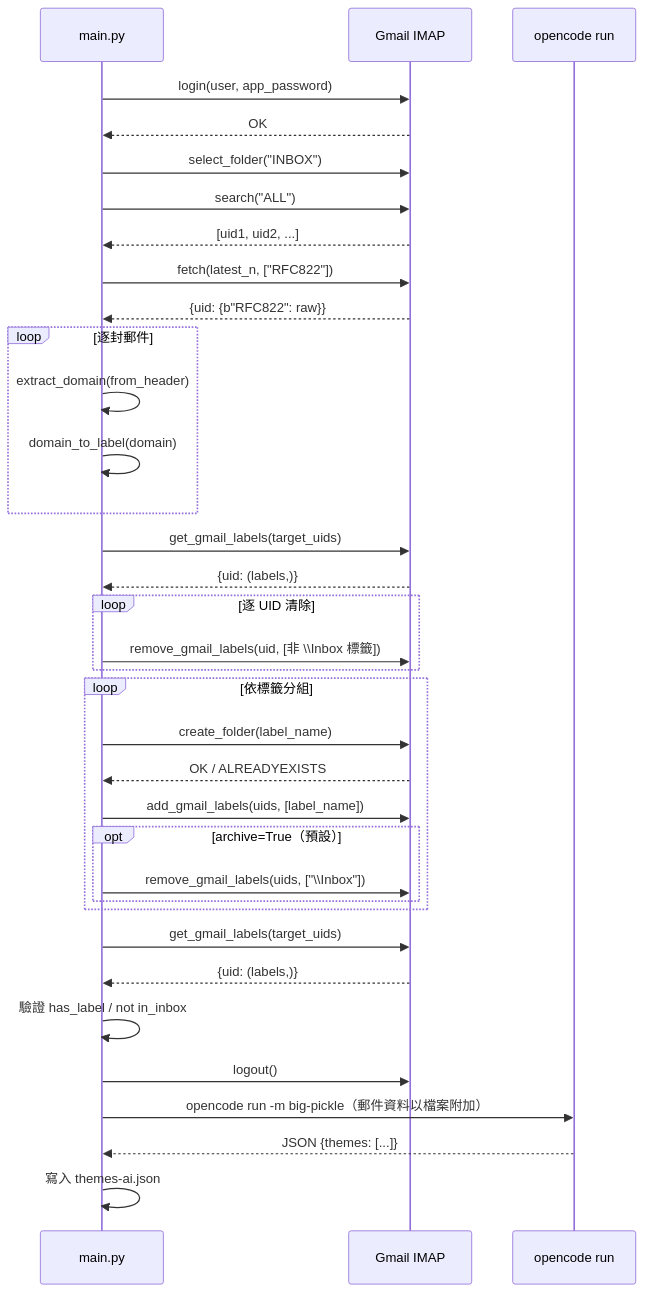
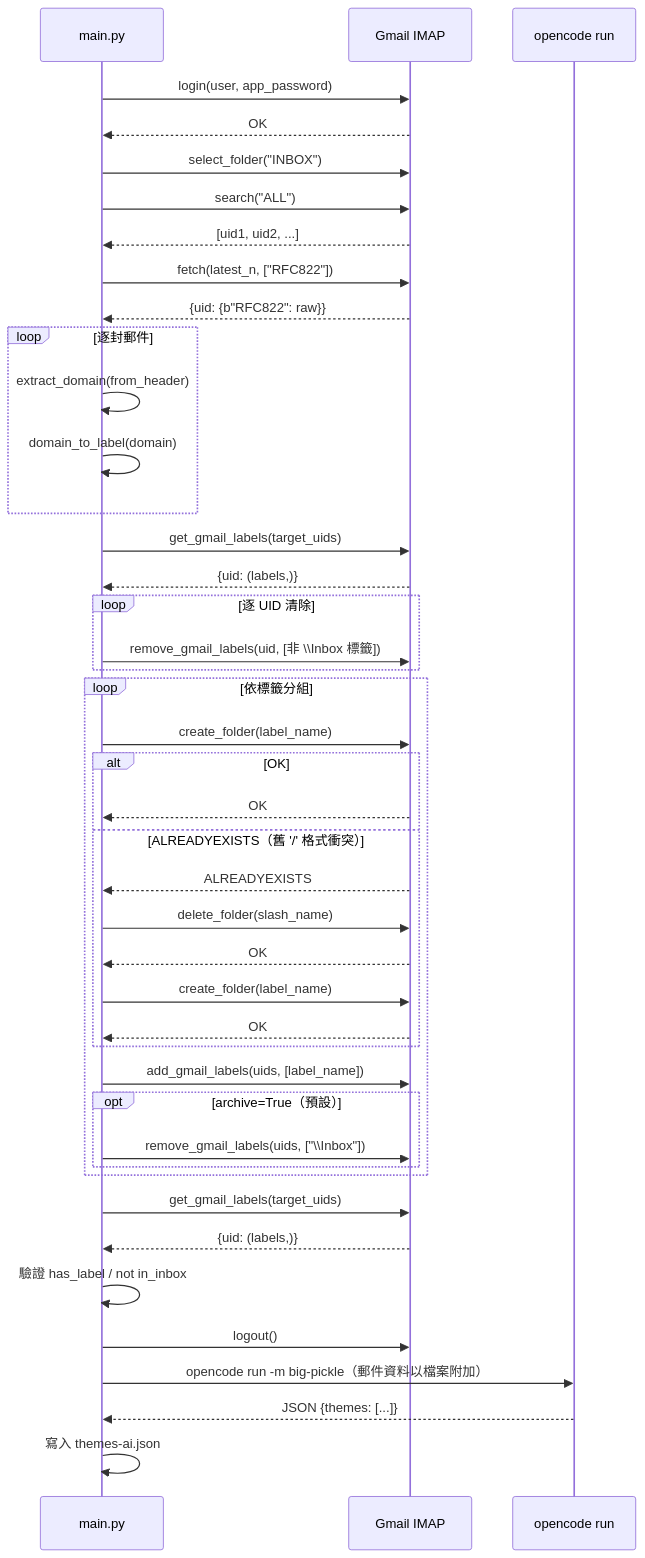
One commit to Mcc-Mak/gmail-nested-labels changed the first of 3 diagrams in doc/architecture.md. Above: the diagram before and after it, drawn with Mermaid. The commit also changed other lines of this file and 8 other files, not shown here.

````diff
--- a/doc/architecture.md
+++ b/doc/architecture.md
@@ -22,44 +22,52 @@
 ```mermaid
 sequenceDiagram
     participant M as main.py
     participant I as Gmail IMAP
     participant O as opencode run
 
     M->>I: login(user, app_password)
     I-->>M: OK
     M->>I: select_folder("INBOX")
     M->>I: search("ALL")
     I-->>M: [uid1, uid2, ...]
     M->>I: fetch(latest_n, ["RFC822"])
     I-->>M: {uid: {b"RFC822": raw}}
 
     loop 逐封郵件
         M->>M: extract_domain(from_header)
         M->>M: domain_to_label(domain)
     end
 
     M->>I: get_gmail_labels(target_uids)
     I-->>M: {uid: (labels,)}
 
     loop 逐 UID 清除
         M->>I: remove_gmail_labels(uid, [非 \\Inbox 標籤])
     end
 
     loop 依標籤分組
         M->>I: create_folder(label_name)
-        I-->>M: OK / ALREADYEXISTS
+        alt OK
+            I-->>M: OK
+        else ALREADYEXISTS（舊 '/' 格式衝突）
+            I-->>M: ALREADYEXISTS
+            M->>I: delete_folder(slash_name)
+            I-->>M: OK
+            M->>I: create_folder(label_name)
+            I-->>M: OK
+        end
         M->>I: add_gmail_labels(uids, [label_name])
         opt archive=True（預設）
             M->>I: remove_gmail_labels(uids, ["\\Inbox"])
         end
     end
 
     M->>I: get_gmail_labels(target_uids)
     I-->>M: {uid: (labels,)}
     M->>M: 驗證 has_label / not in_inbox
     M->>I: logout()
 
     M->>O: opencode run -m big-pickle（郵件資料以檔案附加）
     O-->>M: JSON {themes: [...]}
     M->>M: 寫入 themes-ai.json
 ```
````
